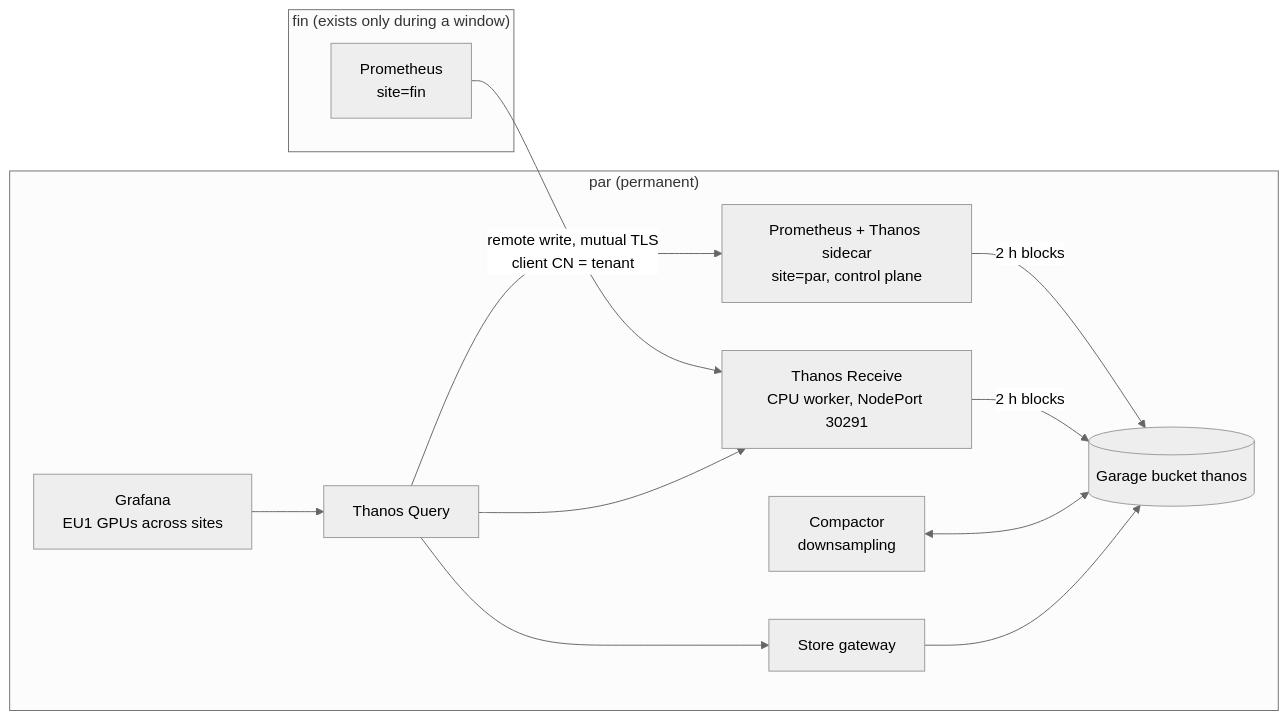
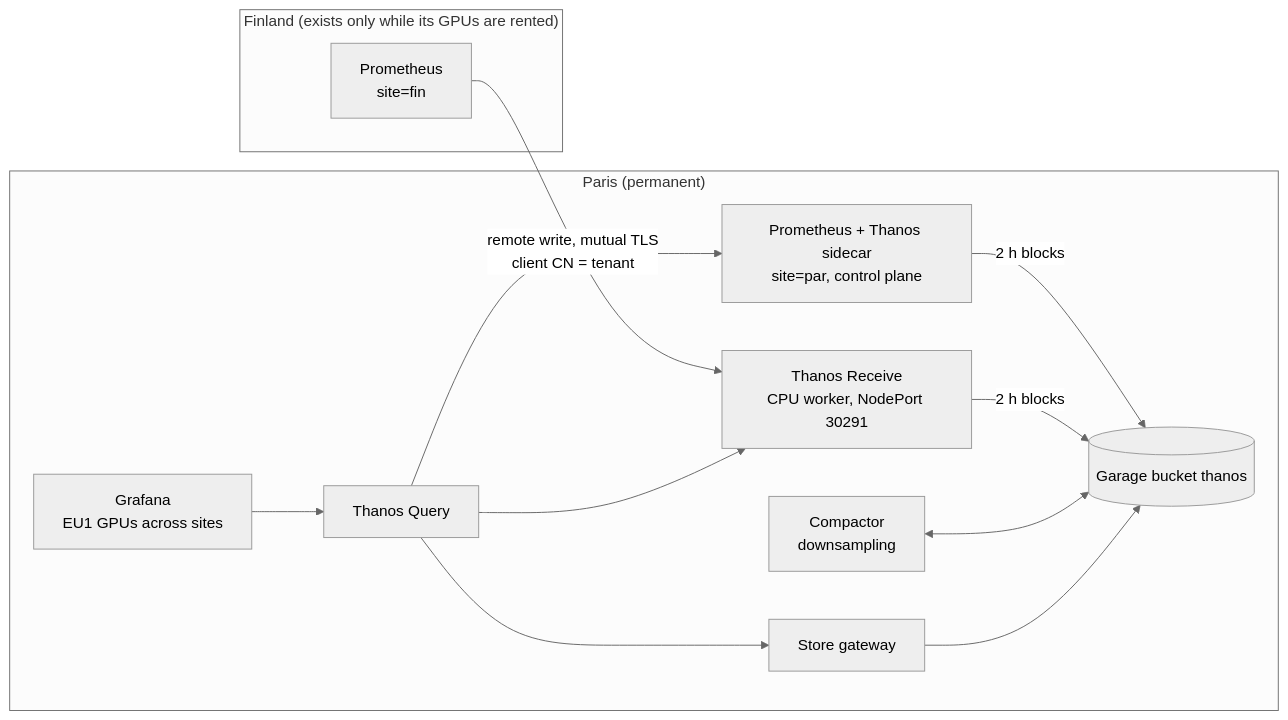
Before and after one commit to yassineteimi/ncp-partner-onboarding: the diagram in docs/30-metrics-across-sites.md, drawn with Mermaid (neutral theme). The commit also changed other lines of this file and 3 other files, not shown here.

````diff
--- a/docs/30-metrics-across-sites.md
+++ b/docs/30-metrics-across-sites.md
@@ -18,24 +22,24 @@
 ```mermaid
 flowchart LR
-  subgraph fin["fin (exists only during a window)"]
+  subgraph fin["Finland (exists only while its GPUs are rented)"]
     fprom["Prometheus<br/>site=fin"]
   end
-  subgraph par["par (permanent)"]
+  subgraph par["Paris (permanent)"]
     pprom["Prometheus + Thanos sidecar<br/>site=par, control plane"]
     recv["Thanos Receive<br/>CPU worker, NodePort 30291"]
     q["Thanos Query"]
     sg["Store gateway"]
     comp["Compactor<br/>downsampling"]
     bucket[("Garage bucket thanos")]
     graf["Grafana<br/>EU1 GPUs across sites"]
   end
   fprom -- "remote write, mutual TLS<br/>client CN = tenant" --> recv
   pprom -- "2 h blocks" --> bucket
   recv -- "2 h blocks" --> bucket
   comp <--> bucket
   sg --> bucket
   q --> pprom
   q --> recv
   q --> sg
   graf --> q
 ```
````
